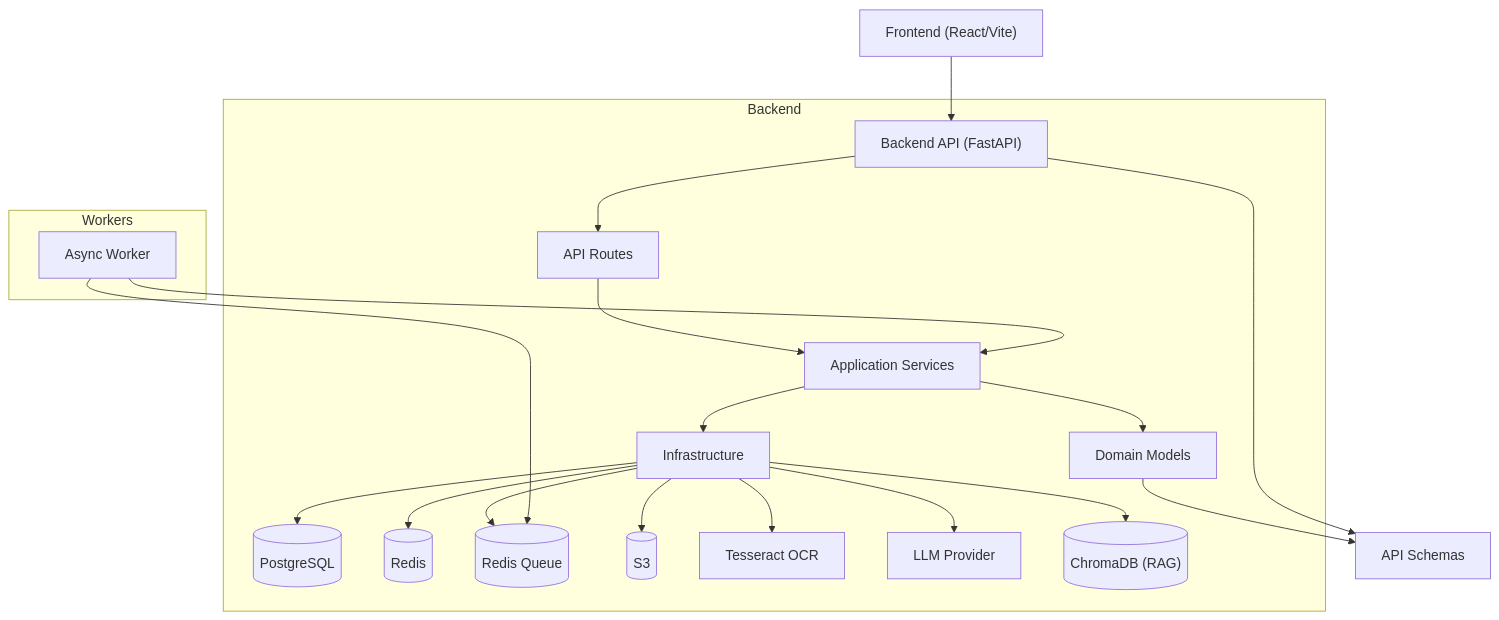
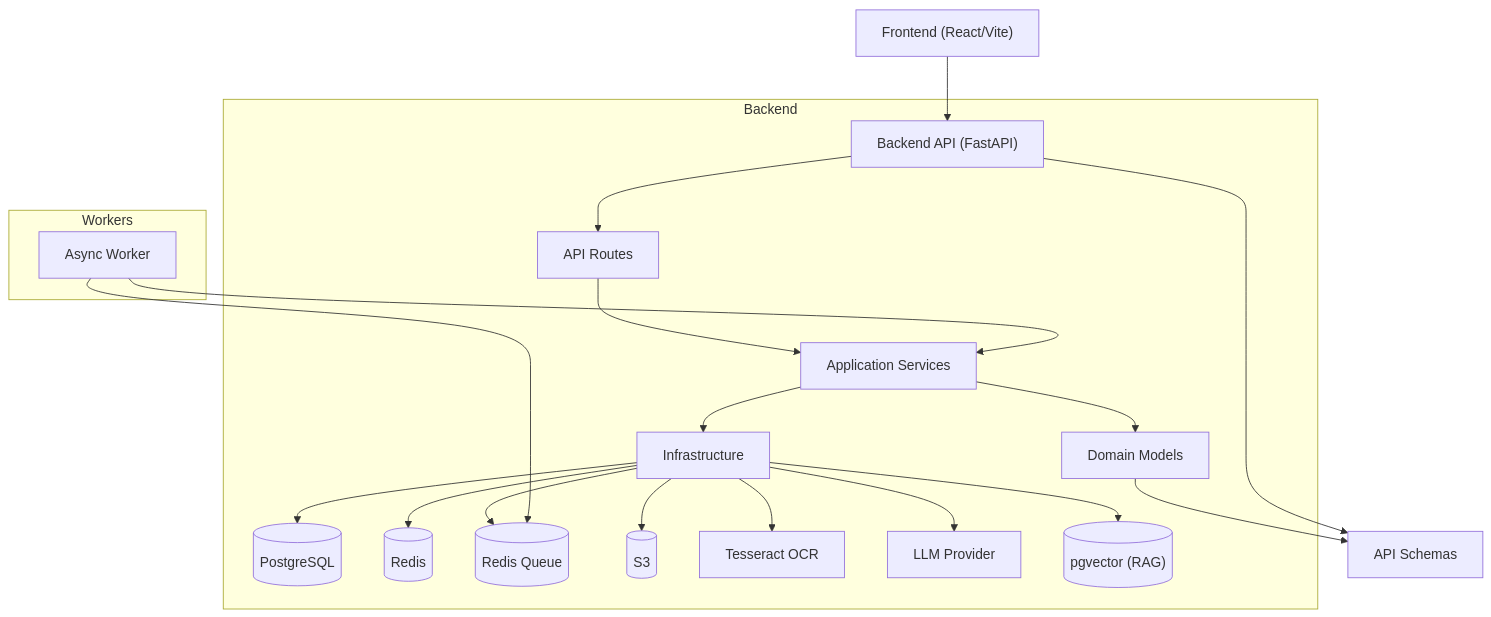
Before and after one commit to PrajwalAmte/Lumen-Medical-Report-Simplifier: the diagram in README.md, drawn with Mermaid. The commit also changed other lines of this file and 10 other files, not shown here.

Commit message:
refactor: migrate RAG from ChromaDB to pgvector + Jina AI

````diff
--- a/README.md
+++ b/README.md
@@ -7,27 +7,27 @@
 ```mermaid
 flowchart TB
     UI["Frontend (React/Vite)"] --> API["Backend API (FastAPI)"]
 
     subgraph Backend
         API --> Routes["API Routes"]
         Routes --> Services["Application Services"]
         Services --> Domain["Domain Models"]
         Services --> Infra["Infrastructure"]
 
         Infra --> DB[("PostgreSQL")]
         Infra --> Cache[("Redis")]
         Infra --> Queue[("Redis Queue")]
         Infra --> Storage[("S3")]
         Infra --> OCR["Tesseract OCR"]
         Infra --> LLM["LLM Provider"]
-        Infra --> VDB[("ChromaDB (RAG)")]
+        Infra --> VDB[("pgvector (RAG)")]
     end
 
     subgraph Workers
         Worker["Async Worker"] --> Queue
         Worker --> Services
     end
 
     Domain --> Schemas["API Schemas"]
     API --> Schemas
 ```
````
